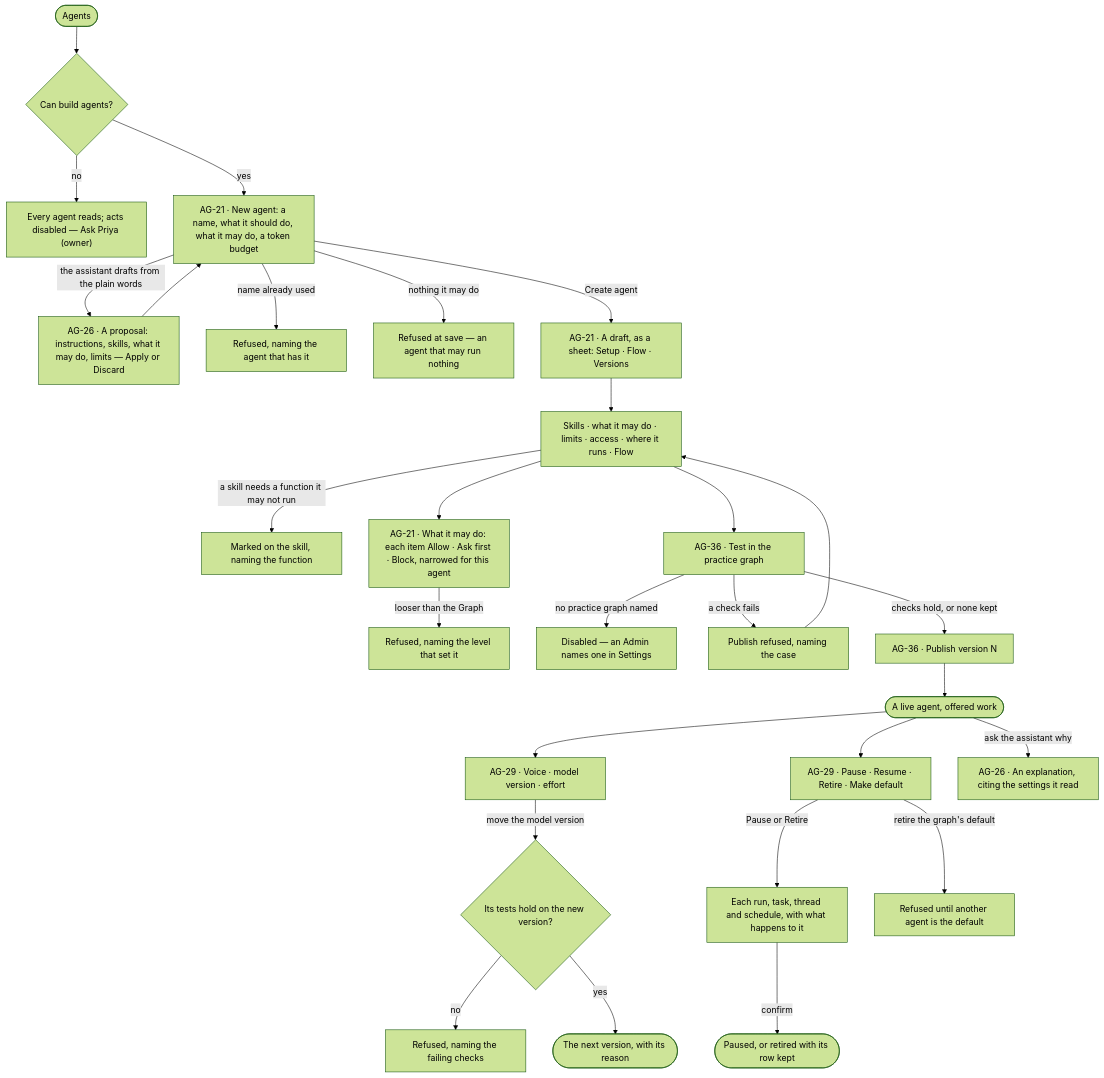
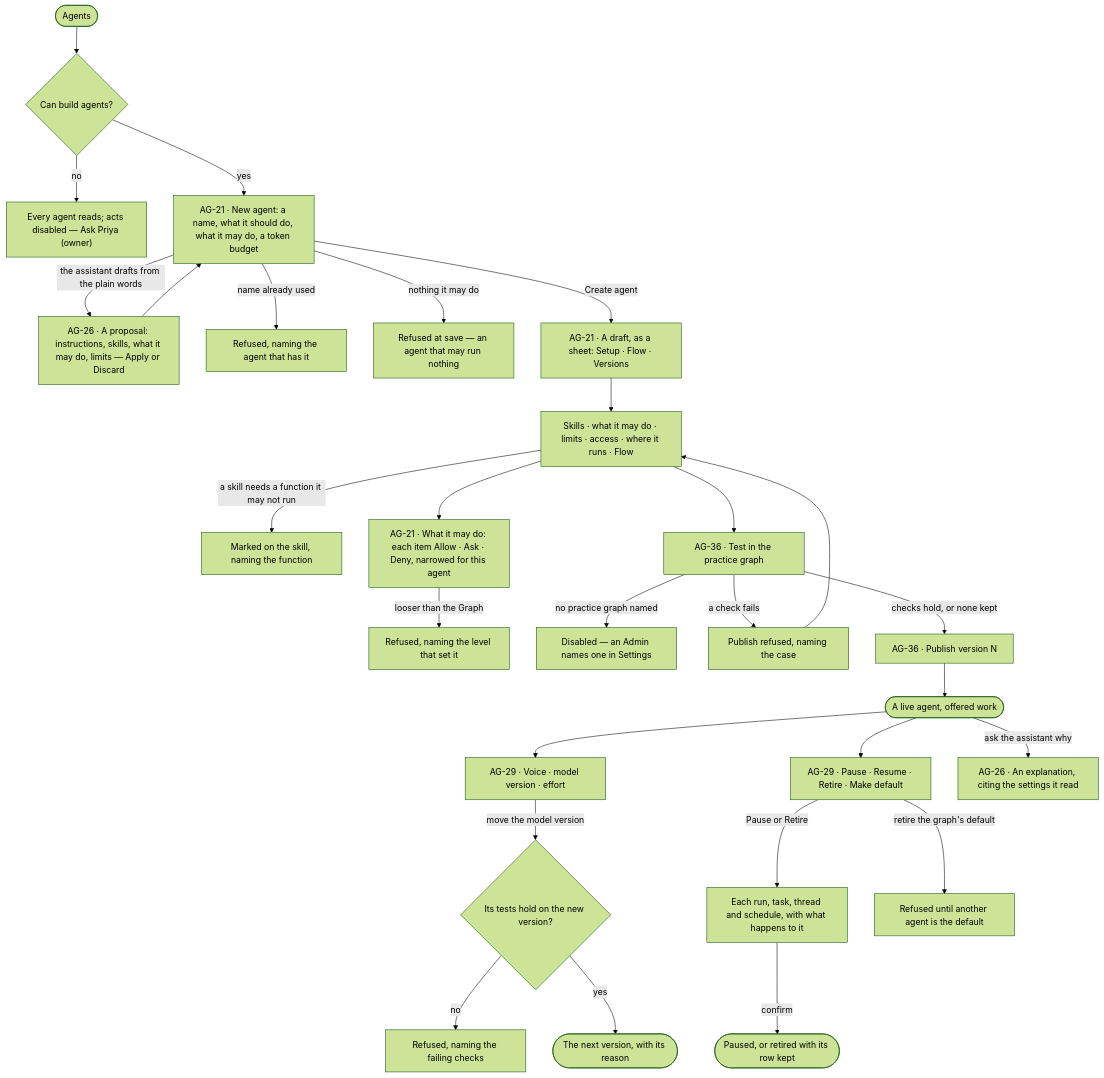
One commit to invana/invana changed the first of 2 diagrams in specs/products/agents/features/AG-F01-build-an-agent/feature.md. Above: the diagram before and after it, drawn with Mermaid (forest theme). The commit also changed other lines of this file and 30 other files, not shown here.

First line of the commit message:
docs: agent modes read Allow · Ask · Deny, set per Graph and per agent

````diff
--- a/specs/products/agents/features/AG-F01-build-an-agent/feature.md
+++ b/specs/products/agents/features/AG-F01-build-an-agent/feature.md
@@ -24,29 +24,29 @@
 ```mermaid
 flowchart TD
   start([Agents]) --> may{Can build agents?}
   may -->|no| ro["Every agent reads; acts disabled — Ask Priya (owner)"]
   may -->|yes| new["AG-21 · New agent: a name, what it should do, what it may do, a token budget"]
   new -->|the assistant drafts from the plain words| as["AG-26 · A proposal: instructions, skills, what it may do, limits — Apply or Discard"]
   as --> new
   new -->|name already used| nx["Refused, naming the agent that has it"]
   new -->|nothing it may do| nx2["Refused at save — an agent that may run nothing"]
   new -->|Create agent| draft["AG-21 · A draft, as a sheet: Setup · Flow · Versions"]
   draft --> setup["Skills · what it may do · limits · access · where it runs · Flow"]
   setup -->|a skill needs a function it may not run| mark["Marked on the skill, naming the function"]
-  setup --> modes["AG-21 · What it may do: each item Allow · Ask first · Block, narrowed for this agent"]
+  setup --> modes["AG-21 · What it may do: each item Allow · Ask · Deny, narrowed for this agent"]
   modes -->|looser than the Graph| mx["Refused, naming the level that set it"]
   setup --> test["AG-36 · Test in the practice graph"]
   test -->|no practice graph named| tx["Disabled — an Admin names one in Settings"]
   test -->|a check fails| tf["Publish refused, naming the case"] --> setup
   test -->|checks hold, or none kept| pub["AG-36 · Publish version N"]
   pub --> live([A live agent, offered work])
   live --> tune["AG-29 · Voice · model version · effort"]
   tune -->|move the model version| ev{Its tests hold on the new version?}
   ev -->|no| evx["Refused, naming the failing checks"]
   ev -->|yes| v2(["The next version, with its reason"])
   live --> life["AG-29 · Pause · Resume · Retire · Make default"]
   life -->|Pause or Retire| prev["Each run, task, thread and schedule, with what happens to it"]
   prev -->|confirm| done([Paused, or retired with its row kept])
   life -->|retire the graph's default| dx["Refused until another agent is the default"]
   live -->|ask the assistant why| as2["AG-26 · An explanation, citing the settings it read"]
 ```
````
